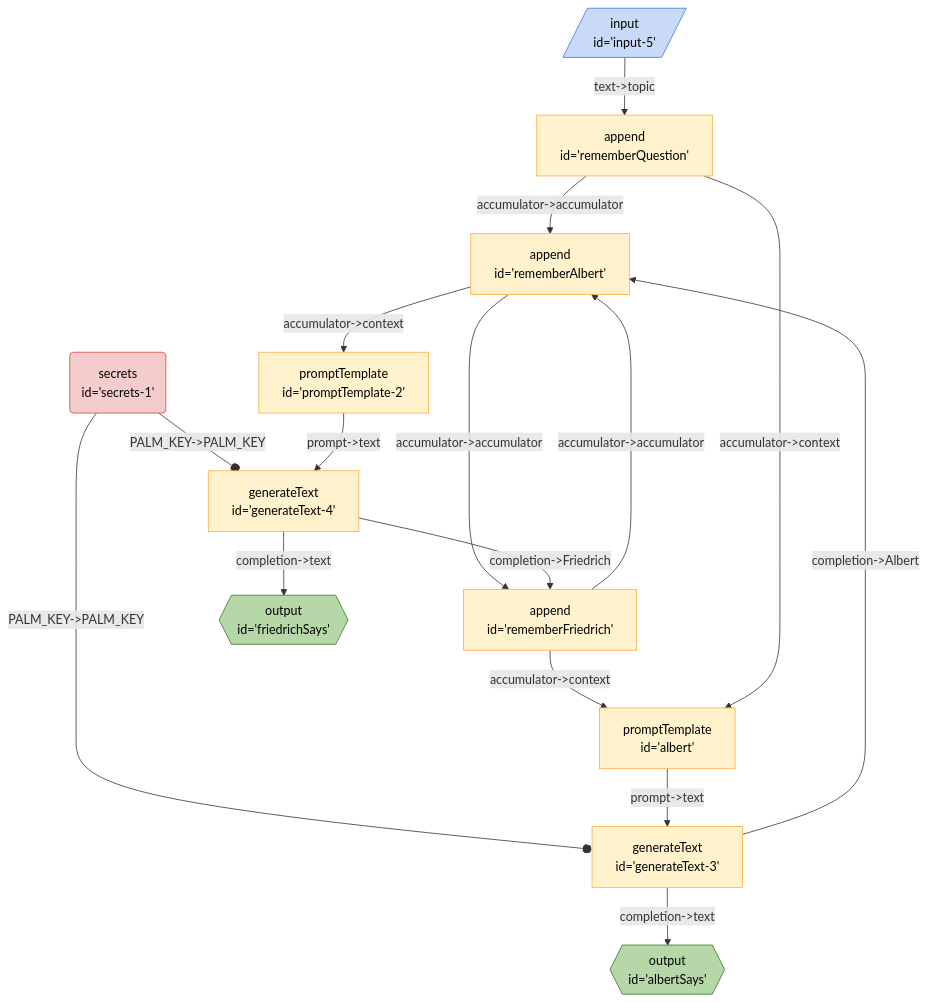
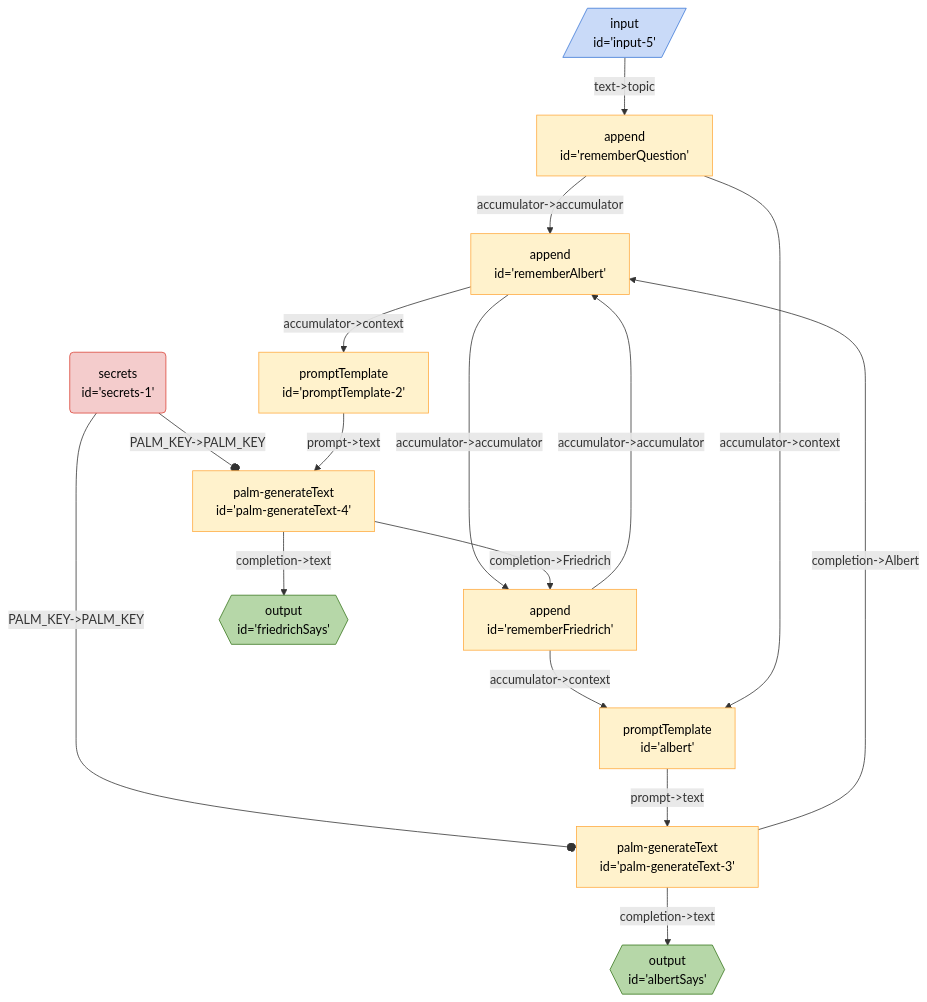
Before and after one commit to breadboard-ai/breadboard: the diagram in seeds/graph-playground/docs/graphs/endless-debate.md, drawn with Mermaid. The commit also changed 55 other files, not shown here.

````diff
--- a/seeds/graph-playground/docs/graphs/endless-debate.md
+++ b/seeds/graph-playground/docs/graphs/endless-debate.md
@@ -5,27 +5,27 @@
   ```mermaid
   %%{init: 'themeVariables': { 'fontFamily': 'Fira Code, monospace' }}%%
 graph TD;
 rememberQuestion["append <br> id='rememberQuestion'"] -- "accumulator->accumulator" --> rememberAlbert["append <br> id='rememberAlbert'"]
 rememberAlbert["append <br> id='rememberAlbert'"] -- "accumulator->accumulator" --> rememberFriedrich["append <br> id='rememberFriedrich'"]
 rememberFriedrich["append <br> id='rememberFriedrich'"] -- "accumulator->accumulator" --> rememberAlbert["append <br> id='rememberAlbert'"]
 rememberAlbert["append <br> id='rememberAlbert'"] -- "accumulator->context" --> promptTemplate2["promptTemplate <br> id='promptTemplate-2'"]
-generateText3["generateText <br> id='generateText-3'"] -- "completion->Albert" --> rememberAlbert["append <br> id='rememberAlbert'"]
-generateText3["generateText <br> id='generateText-3'"] -- "completion->text" --> albertSays{{"output <br> id='albertSays'"}}:::output
-secrets1("secrets <br> id='secrets-1'"):::secrets -- "PALM_KEY->PALM_KEY" --o generateText3["generateText <br> id='generateText-3'"]
-albert["promptTemplate <br> id='albert'"] -- "prompt->text" --> generateText3["generateText <br> id='generateText-3'"]
+palmgenerateText3["palm-generateText <br> id='palm-generateText-3'"] -- "completion->Albert" --> rememberAlbert["append <br> id='rememberAlbert'"]
+palmgenerateText3["palm-generateText <br> id='palm-generateText-3'"] -- "completion->text" --> albertSays{{"output <br> id='albertSays'"}}:::output
+secrets1("secrets <br> id='secrets-1'"):::secrets -- "PALM_KEY->PALM_KEY" --o palmgenerateText3["palm-generateText <br> id='palm-generateText-3'"]
+albert["promptTemplate <br> id='albert'"] -- "prompt->text" --> palmgenerateText3["palm-generateText <br> id='palm-generateText-3'"]
 rememberFriedrich["append <br> id='rememberFriedrich'"] -- "accumulator->context" --> albert["promptTemplate <br> id='albert'"]
-generateText4["generateText <br> id='generateText-4'"] -- "completion->Friedrich" --> rememberFriedrich["append <br> id='rememberFriedrich'"]
-generateText4["generateText <br> id='generateText-4'"] -- "completion->text" --> friedrichSays{{"output <br> id='friedrichSays'"}}:::output
-secrets1("secrets <br> id='secrets-1'"):::secrets -- "PALM_KEY->PALM_KEY" --o generateText4["generateText <br> id='generateText-4'"]
-promptTemplate2["promptTemplate <br> id='promptTemplate-2'"] -- "prompt->text" --> generateText4["generateText <br> id='generateText-4'"]
+palmgenerateText4["palm-generateText <br> id='palm-generateText-4'"] -- "completion->Friedrich" --> rememberFriedrich["append <br> id='rememberFriedrich'"]
+palmgenerateText4["palm-generateText <br> id='palm-generateText-4'"] -- "completion->text" --> friedrichSays{{"output <br> id='friedrichSays'"}}:::output
+secrets1("secrets <br> id='secrets-1'"):::secrets -- "PALM_KEY->PALM_KEY" --o palmgenerateText4["palm-generateText <br> id='palm-generateText-4'"]
+promptTemplate2["promptTemplate <br> id='promptTemplate-2'"] -- "prompt->text" --> palmgenerateText4["palm-generateText <br> id='palm-generateText-4'"]
 rememberQuestion["append <br> id='rememberQuestion'"] -- "accumulator->context" --> albert["promptTemplate <br> id='albert'"]
 input5[/"input <br> id='input-5'"/]:::input -- "text->topic" --> rememberQuestion["append <br> id='rememberQuestion'"]
 classDef default stroke:#ffab40,fill:#fff2ccff,color:#000
 classDef input stroke:#3c78d8,fill:#c9daf8ff,color:#000
 classDef output stroke:#38761d,fill:#b6d7a8ff,color:#000
 classDef passthrough stroke:#a64d79,fill:#ead1dcff,color:#000
 classDef slot stroke:#a64d79,fill:#ead1dcff,color:#000
 classDef config stroke:#a64d79,fill:#ead1dcff,color:#000
 classDef secrets stroke:#db4437,fill:#f4cccc,color:#000
 classDef slotted stroke:#a64d79
   ```
````
